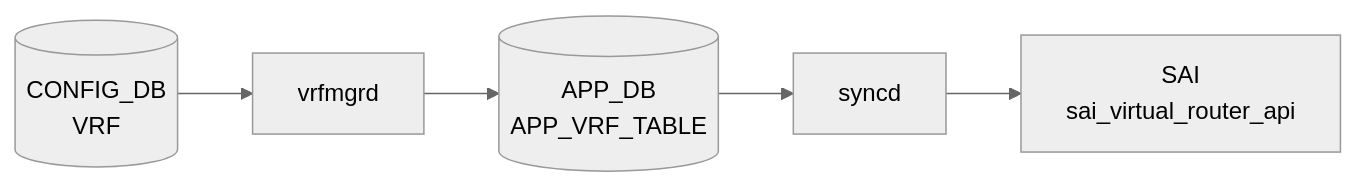
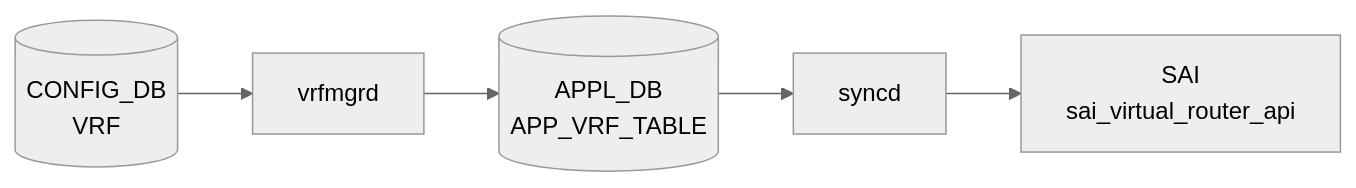
One commit to aoki-taquan/sonic-unofficial-docs changed the diagram in docs/reference/config-db/appl-vrf.md. Above: the diagram before and after it, drawn with Mermaid (neutral theme). The commit also changed other lines of this file and 6 other files, not shown here.

First line of the commit message:
review: batch 069 fixes (appl-vrf / as-path-set / auto-techsupport)

````diff
--- a/docs/reference/config-db/appl-vrf.md
+++ b/docs/reference/config-db/appl-vrf.md
@@ -72,12 +72,12 @@
 ```mermaid
 flowchart LR
   CDB[("CONFIG_DB<br/>VRF")]
   DM["vrfmgrd"]
   CDB --> DM
-  APPDB[("APP_DB<br/>APP_VRF_TABLE")]
+  APPDB[("APPL_DB<br/>APP_VRF_TABLE")]
   DM --> APPDB
   SYNCD["syncd"]
   APPDB --> SYNCD
   SAI["SAI<br/>sai_virtual_router_api"]
   SYNCD --> SAI
 ```
````
